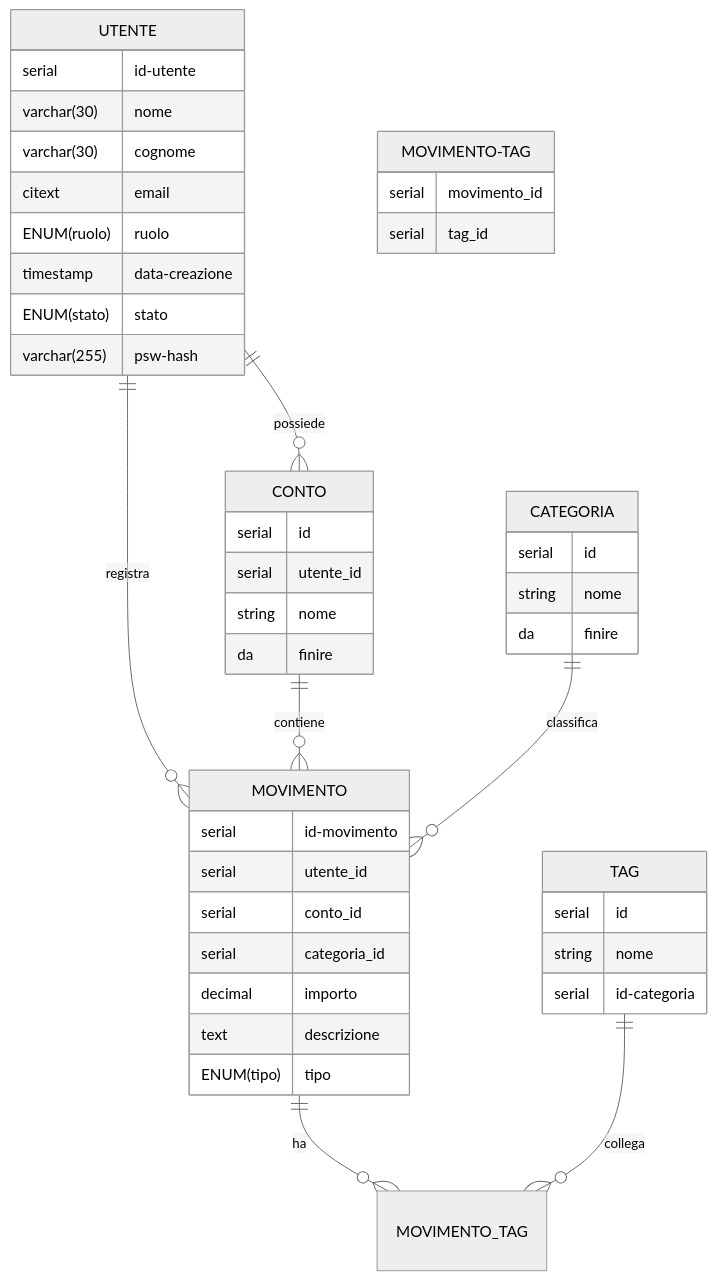
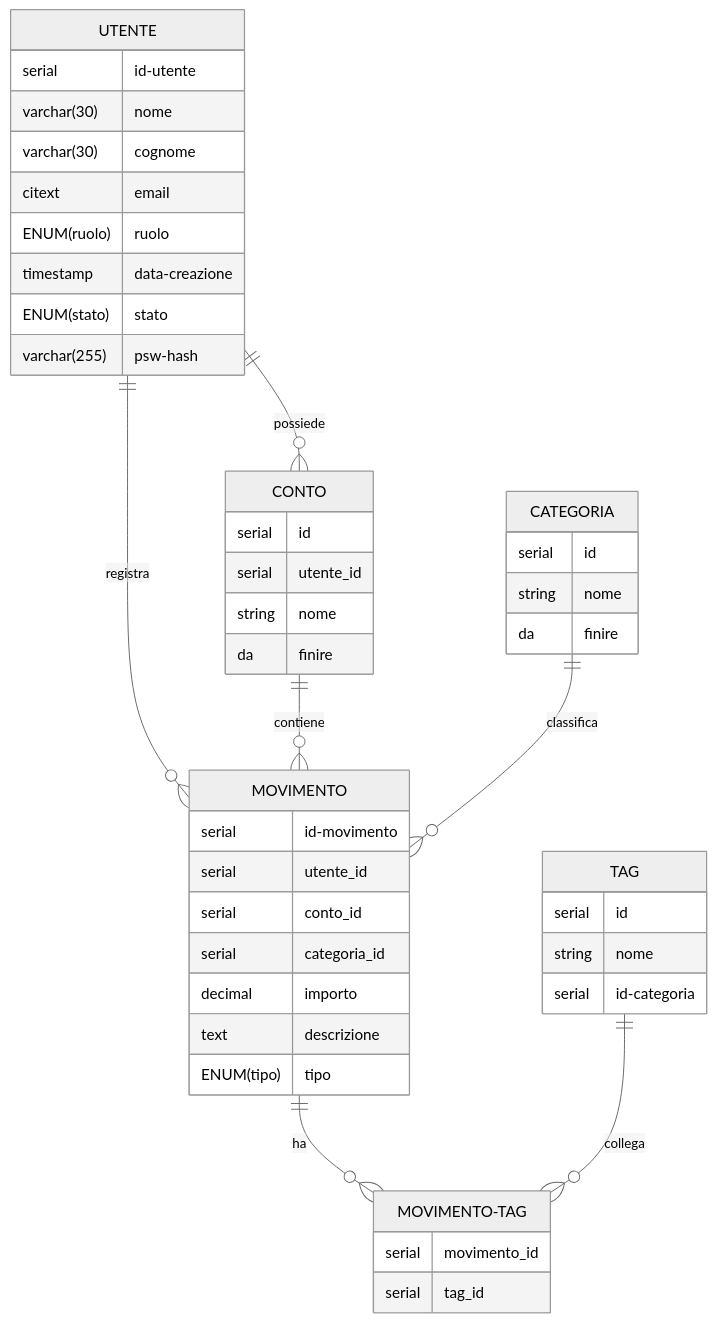
The diagram in README.MD (StetoVillans/SV-ErMoneiTracher), drawn with Mermaid (neutral theme) before and after one commit.

Commit message:
Docs: Aggiustato schema db

````diff
--- a/README.MD
+++ b/README.MD
@@ -29,54 +29,54 @@
 ``` mermaid
 erDiagram
     UTENTE {
         serial id-utente
         varchar(30) nome
         varchar(30) cognome
         citext email
         ENUM(ruolo) ruolo
         timestamp data-creazione
         ENUM(stato) stato
         varchar(255) psw-hash
     }
 
     CONTO {
         serial id
         serial utente_id
         string nome
         da finire
     }
 
     MOVIMENTO {
         serial id-movimento
         serial utente_id
         serial conto_id
         serial categoria_id
         decimal importo
         text descrizione
         ENUM(tipo) tipo
     }
 
     CATEGORIA {
         serial id
         string nome
         da finire
     }
 
     TAG {
         serial id
         string nome
         serial id-categoria
     }
 
     MOVIMENTO-TAG {
         serial movimento_id
         serial tag_id
     }
 
     UTENTE ||--o{ CONTO : possiede
     UTENTE ||--o{ MOVIMENTO : registra
     CONTO ||--o{ MOVIMENTO : contiene
     CATEGORIA ||--o{ MOVIMENTO : classifica
-    MOVIMENTO ||--o{ MOVIMENTO_TAG : ha
-    TAG ||--o{ MOVIMENTO_TAG : collega
+    MOVIMENTO ||--o{ MOVIMENTO-TAG : ha
+    TAG ||--o{ MOVIMENTO-TAG : collega
 ```
````
